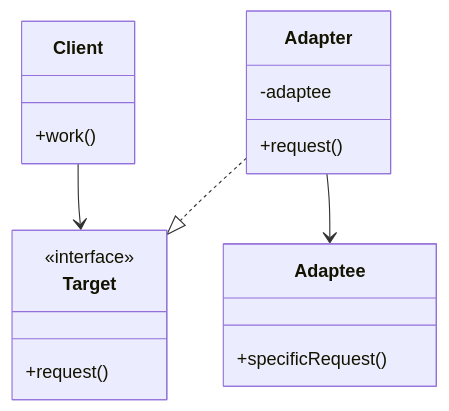
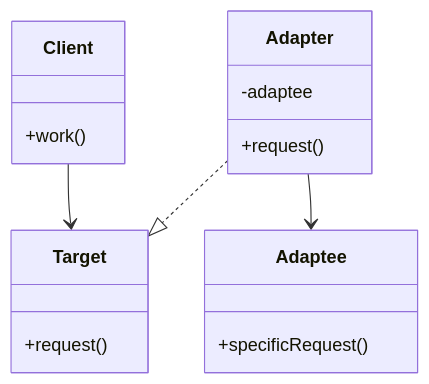
One commit to Veselyy/VUT-school changed the first of 4 diagrams in IPP/otazky.md. Above: the diagram before and after it, drawn with Mermaid. The commit also changed other lines of this file and 1 other file, not shown here.

Commit message:
refactor: update UML diagrams and improve Mermaid script initialization in study materials

````diff
--- a/IPP/otazky.md
+++ b/IPP/otazky.md
@@ -26,20 +26,19 @@
 ```mermaid
 classDiagram
     class Client {
         +work()
     }
     class Target {
-        <<interface>>
         +request()
     }
     class Adapter {
         -adaptee
         +request()
     }
     class Adaptee {
         +specificRequest()
     }
     Client --> Target
     Adapter ..|> Target
     Adapter --> Adaptee
 ```
````
